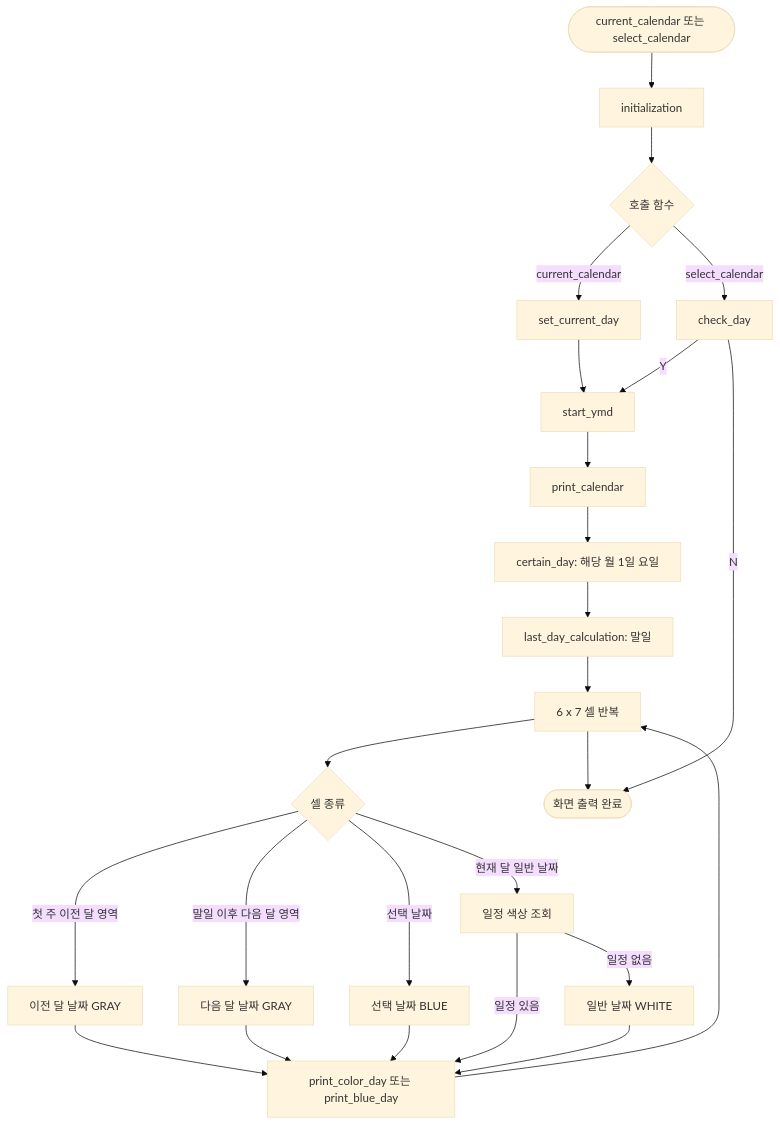
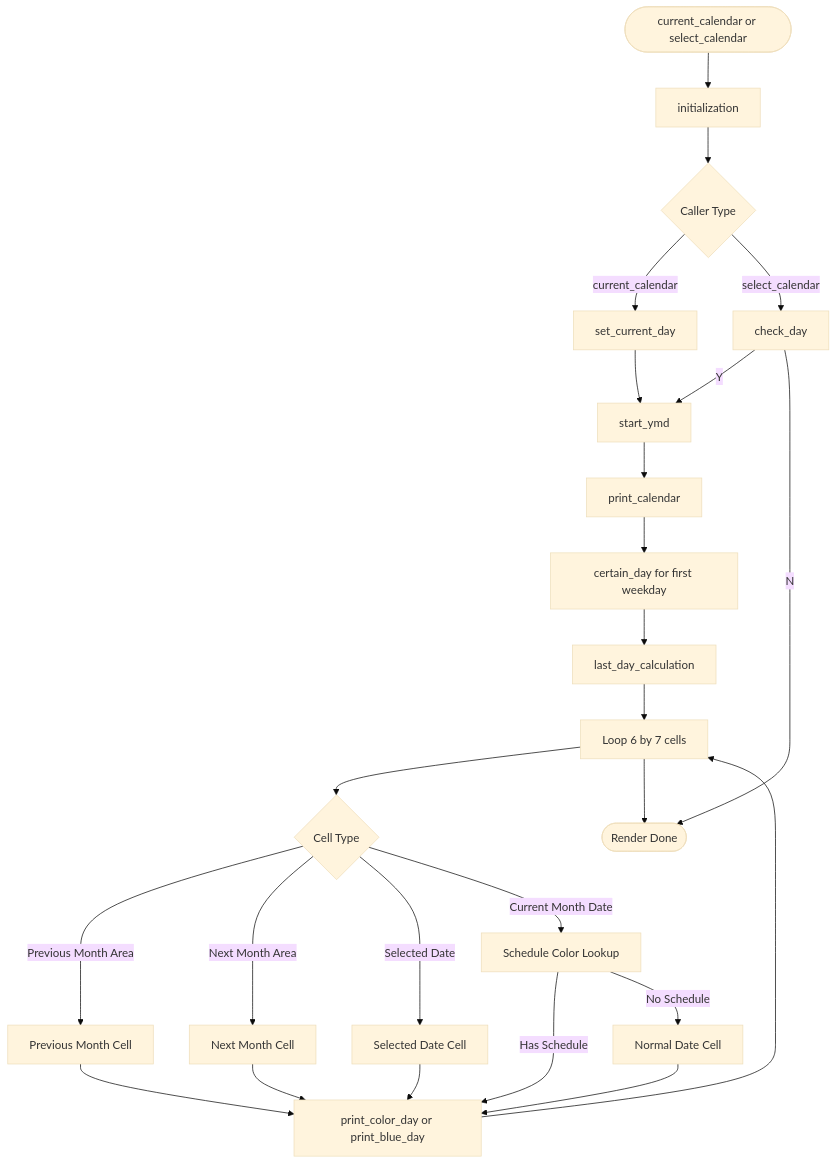
Before and after one commit to JY0102/Calendar: the seventh of 8 diagrams in architecture/dpd.md, drawn with Mermaid (base theme). The commit also changed other lines of this file and 1 other file, not shown here.

````diff
--- a/architecture/dpd.md
+++ b/architecture/dpd.md
@@ -203,46 +202,46 @@
 ```mermaid
 flowchart TB
-    Start([current_calendar 또는 select_calendar])
-    Init[initialization]
-    Mode{호출 함수}
-    SetCurrent[set_current_day]
-    CheckInputDate[check_day]
-    Header[start_ymd]
-    PrintCalendar[print_calendar]
-    CalcFirst[certain_day: 해당 월 1일 요일]
-    CalcLast[last_day_calculation: 말일]
-    BuildLoop[6 x 7 셀 반복]
-    CellType{셀 종류}
-    LastMonth[이전 달 날짜 GRAY]
-    NextMonth[다음 달 날짜 GRAY]
-    Today[선택 날짜 BLUE]
-    ScheduleColor[일정 색상 조회]
-    Normal[일반 날짜 WHITE]
-    Render[print_color_day 또는 print_blue_day]
-    End([화면 출력 완료])
+    Start(["current_calendar or select_calendar"])
+    Init["initialization"]
+    Mode{"Caller Type"}
+    SetCurrent["set_current_day"]
+    CheckInputDate["check_day"]
+    Header["start_ymd"]
+    PrintCalendar["print_calendar"]
+    CalcFirst["certain_day for first weekday"]
+    CalcLast["last_day_calculation"]
+    BuildLoop["Loop 6 by 7 cells"]
+    CellType{"Cell Type"}
+    LastMonth["Previous Month Cell"]
+    NextMonth["Next Month Cell"]
+    Today["Selected Date Cell"]
+    ScheduleColor["Schedule Color Lookup"]
+    Normal["Normal Date Cell"]
+    Render["print_color_day or print_blue_day"]
+    End(["Render Done"])
 
     Start --> Init
     Init --> Mode
-    Mode -->|current_calendar| SetCurrent
-    Mode -->|select_calendar| CheckInputDate
+    Mode -->|"current_calendar"| SetCurrent
+    Mode -->|"select_calendar"| CheckInputDate
     SetCurrent --> Header
-    CheckInputDate -->|Y| Header
-    CheckInputDate -->|N| End
+    CheckInputDate -->|"Y"| Header
+    CheckInputDate -->|"N"| End
     Header --> PrintCalendar
     PrintCalendar --> CalcFirst
     CalcFirst --> CalcLast
     CalcLast --> BuildLoop
     BuildLoop --> CellType
-    CellType -->|첫 주 이전 달 영역| LastMonth
-    CellType -->|말일 이후 다음 달 영역| NextMonth
-    CellType -->|선택 날짜| Today
-    CellType -->|현재 달 일반 날짜| ScheduleColor
-    ScheduleColor -->|일정 있음| Render
-    ScheduleColor -->|일정 없음| Normal
+    CellType -->|"Previous Month Area"| LastMonth
+    CellType -->|"Next Month Area"| NextMonth
+    CellType -->|"Selected Date"| Today
+    CellType -->|"Current Month Date"| ScheduleColor
+    ScheduleColor -->|"Has Schedule"| Render
+    ScheduleColor -->|"No Schedule"| Normal
     LastMonth --> Render
     NextMonth --> Render
     Today --> Render
     Normal --> Render
     Render --> BuildLoop
     BuildLoop --> End
 ```
````
